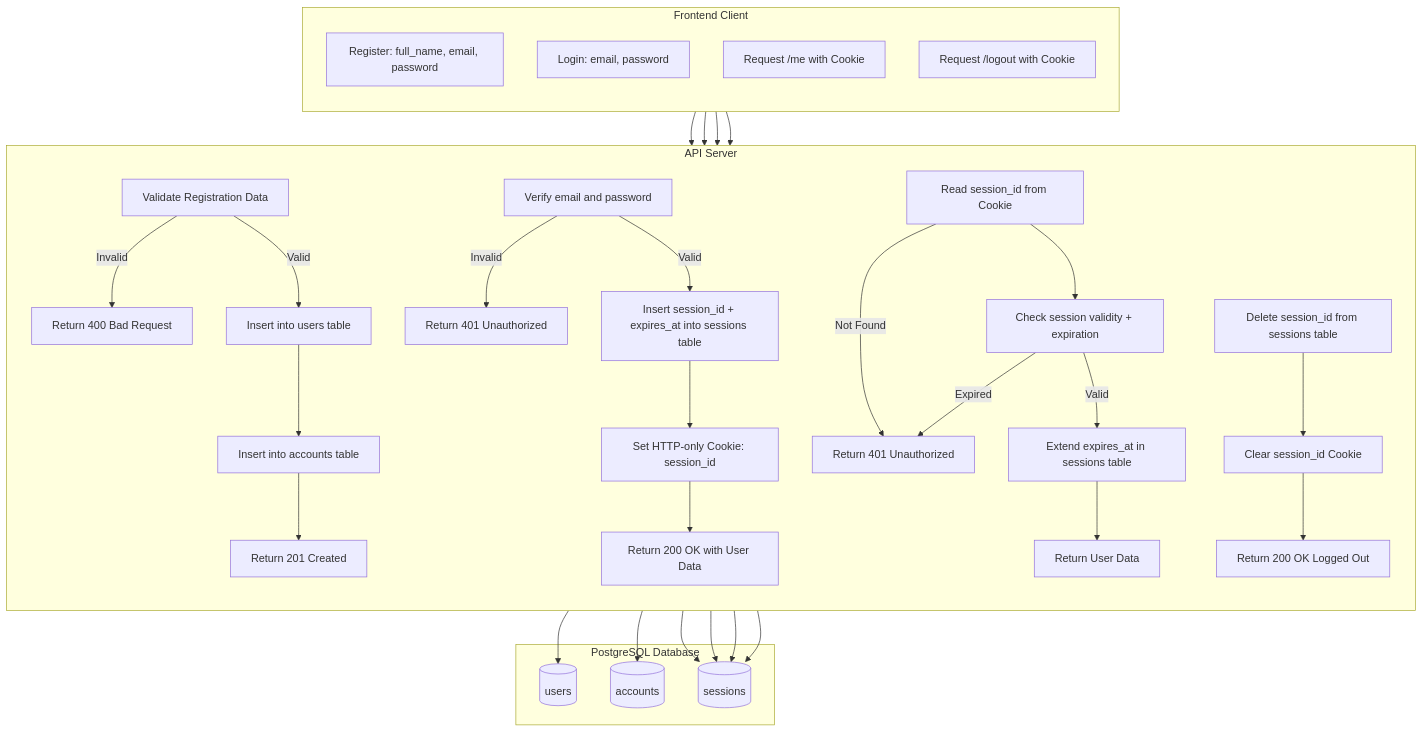
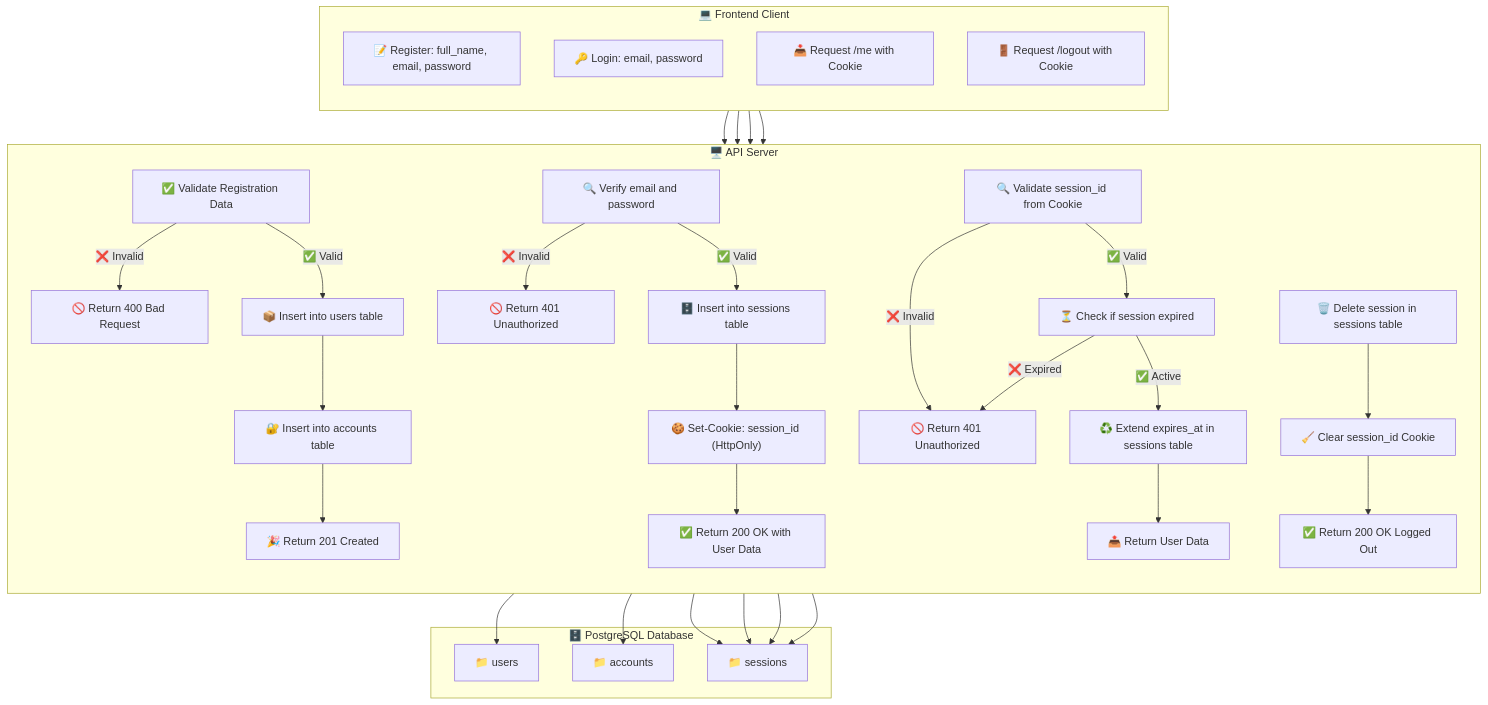
Before and after one commit to jordantanaliga100/tokenBasedAuth: the diagram in Readme.md, drawn with Mermaid. The commit also changed other lines of this file and 1 other file, not shown here.

Commit message:
chore(docs): added chart for visualization | removeed config instance

````diff
--- a/Readme.md
+++ b/Readme.md
@@ -40,58 +41,58 @@
 ```mermaid
 flowchart TD
-%% CLIENT
-subgraph CLIENT [Frontend Client]
-direction TB
-REG[Register: full_name, email, password]
-LOG[Login: email, password]
-ME[Request /me with Cookie]
-OUT[Request /logout with Cookie]
-end
+    %% CLIENT
+    subgraph CLIENT [💻 Frontend Client]
+        direction TB
+        REG["📝 Register: full_name, email, password"]
+        LOG["🔑 Login: email, password"]
+        ME["📥 Request /me with Cookie"]
+        OUT["🚪 Request /logout with Cookie"]
+    end
 
     %% SERVER
-    subgraph SERVER [API Server]
+    subgraph SERVER [🖥️ API Server]
         direction TB
 
         %% Register
-        REG --> REG_VALIDATE[Validate Registration Data]
-        REG_VALIDATE -- Invalid --> REG_ERR[Return 400 Bad Request]
-        REG_VALIDATE -- Valid --> REG_USERS[Insert into users table]
-        REG_USERS --> REG_ACCOUNTS[Insert into accounts table]
-        REG_ACCOUNTS --> REG_DONE[Return 201 Created]
+        REG --> REG_VALIDATE["✅ Validate Registration Data"]
+        REG_VALIDATE -- ❌ Invalid --> REG_ERR["🚫 Return 400 Bad Request"]
+        REG_VALIDATE -- ✅ Valid --> REG_USERS["📦 Insert into users table"]
+        REG_USERS --> REG_ACCOUNTS["🔐 Insert into accounts table"]
+        REG_ACCOUNTS --> REG_DONE["🎉 Return 201 Created"]
 
         %% Login
-        LOG --> LOG_VERIFY[Verify email and password]
-        LOG_VERIFY -- Invalid --> LOG_ERR[Return 401 Unauthorized]
-        LOG_VERIFY -- Valid --> LOG_SESSION[Insert session_id + expires_at into sessions table]
-        LOG_SESSION --> LOG_COOKIE[Set HTTP-only Cookie: session_id]
-        LOG_COOKIE --> LOG_DONE[Return 200 OK with User Data]
+        LOG --> LOG_VERIFY["🔍 Verify email and password"]
+        LOG_VERIFY -- ❌ Invalid --> LOG_ERR["🚫 Return 401 Unauthorized"]
+        LOG_VERIFY -- ✅ Valid --> LOG_SESSION["🗄️ Insert into sessions table"]
+        LOG_SESSION --> LOG_COOKIE["🍪 Set-Cookie: session_id (HttpOnly)"]
+        LOG_COOKIE --> LOG_DONE["✅ Return 200 OK with User Data"]
 
         %% Me
-        ME --> ME_VALIDATE[Read session_id from Cookie]
-        ME_VALIDATE -- Not Found --> ME_ERR[Return 401 Unauthorized]
-        ME_VALIDATE --> ME_CHECK_EXP[Check session validity + expiration]
-        ME_CHECK_EXP -- Expired --> ME_ERR
-        ME_CHECK_EXP -- Valid --> ME_EXTEND[Extend expires_at in sessions table]
-        ME_EXTEND --> ME_DONE[Return User Data]
+        ME --> ME_VALIDATE["🔍 Validate session_id from Cookie"]
+        ME_VALIDATE -- ❌ Invalid --> ME_ERR["🚫 Return 401 Unauthorized"]
+        ME_VALIDATE -- ✅ Valid --> ME_CHECK_EXP["⏳ Check if session expired"]
+        ME_CHECK_EXP -- ❌ Expired --> ME_ERR
+        ME_CHECK_EXP -- ✅ Active --> ME_EXTEND["♻️ Extend expires_at in sessions table"]
+        ME_EXTEND --> ME_DONE["📤 Return User Data"]
 
         %% Logout
-        OUT --> OUT_DELETE[Delete session_id from sessions table]
-        OUT_DELETE --> OUT_CLEAR[Clear session_id Cookie]
-        OUT_CLEAR --> OUT_DONE[Return 200 OK Logged Out]
+        OUT --> OUT_DELETE["🗑️ Delete session in sessions table"]
+        OUT_DELETE --> OUT_CLEAR["🧹 Clear session_id Cookie"]
+        OUT_CLEAR --> OUT_DONE["✅ Return 200 OK Logged Out"]
     end
 
     %% DATABASE
-    subgraph DB [PostgreSQL Database]
-        USERS[(users)]
-        ACCOUNTS[(accounts)]
-        SESSIONS[(sessions)]
+    subgraph DB [🗄️ PostgreSQL Database]
+        USERS["📁 users"]
+        ACCOUNTS["📁 accounts"]
+        SESSIONS["📁 sessions"]
     end
 
     %% DB Interactions
     REG_USERS --> USERS
     REG_ACCOUNTS --> ACCOUNTS
     LOG_SESSION --> SESSIONS
     ME_VALIDATE --> SESSIONS
     ME_EXTEND --> SESSIONS
     OUT_DELETE --> SESSIONS
 ```
````
